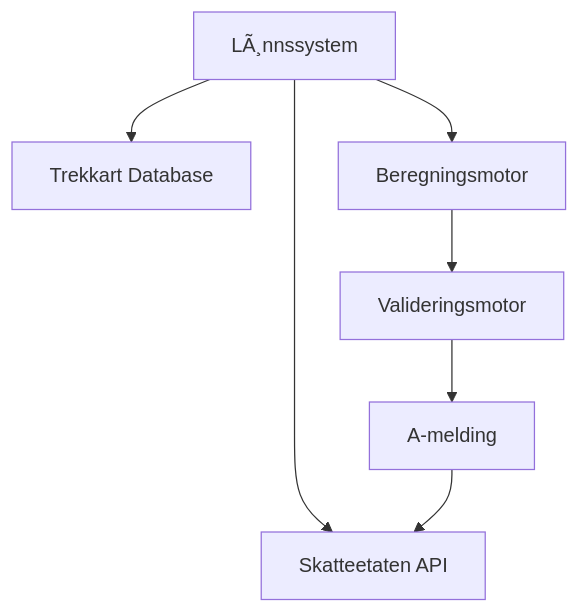
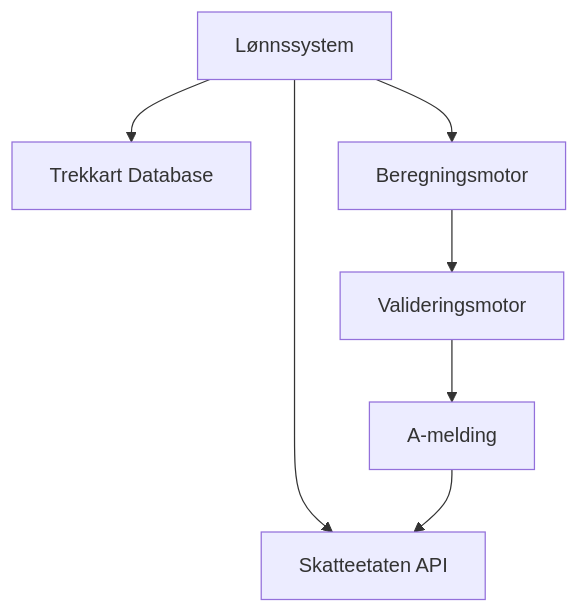
The diagram in content/blogs/regnskap/hva-er-tabelltrekk/index.md (beint-no/reai-hugo), drawn with Mermaid before and after one commit. The commit also changed other lines of this file and 960 other files, not shown here.

````diff
--- a/content/blogs/regnskap/hva-er-tabelltrekk/index.md
+++ b/content/blogs/regnskap/hva-er-tabelltrekk/index.md
@@ -472,9 +472,9 @@
 ```mermaid
 graph TD
-    A[LÃ¸nnssystem] --> B[Skatteetaten API]
+    A[Lønnssystem] --> B[Skatteetaten API]
     A --> C[Trekkart Database]
     A --> D[Beregningsmotor]
     D --> E[Valideringsmotor]
     E --> F[A-melding]
     F --> B
 ```
````
